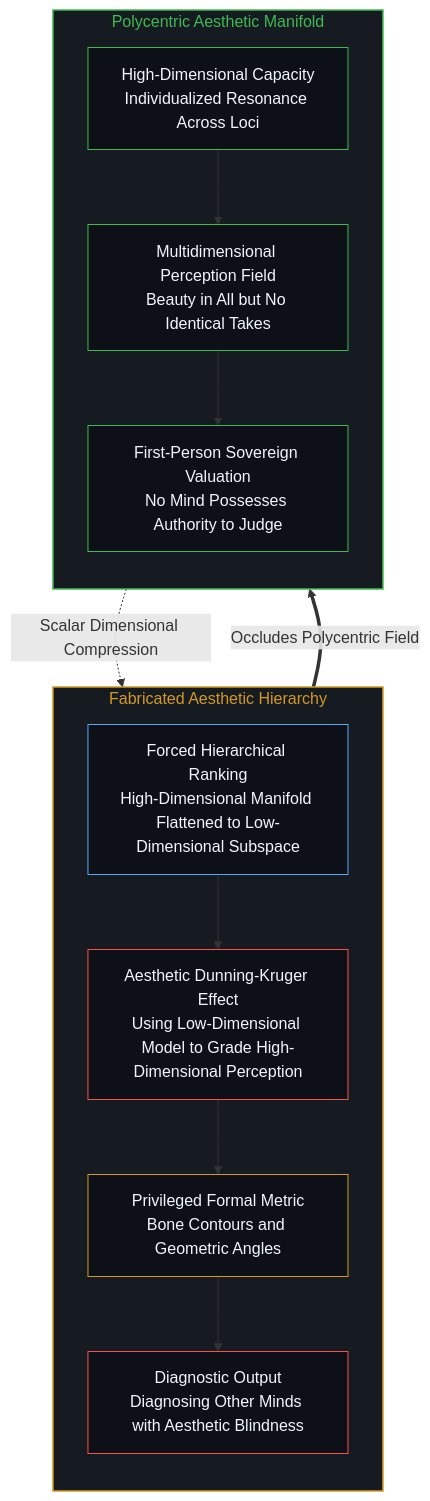
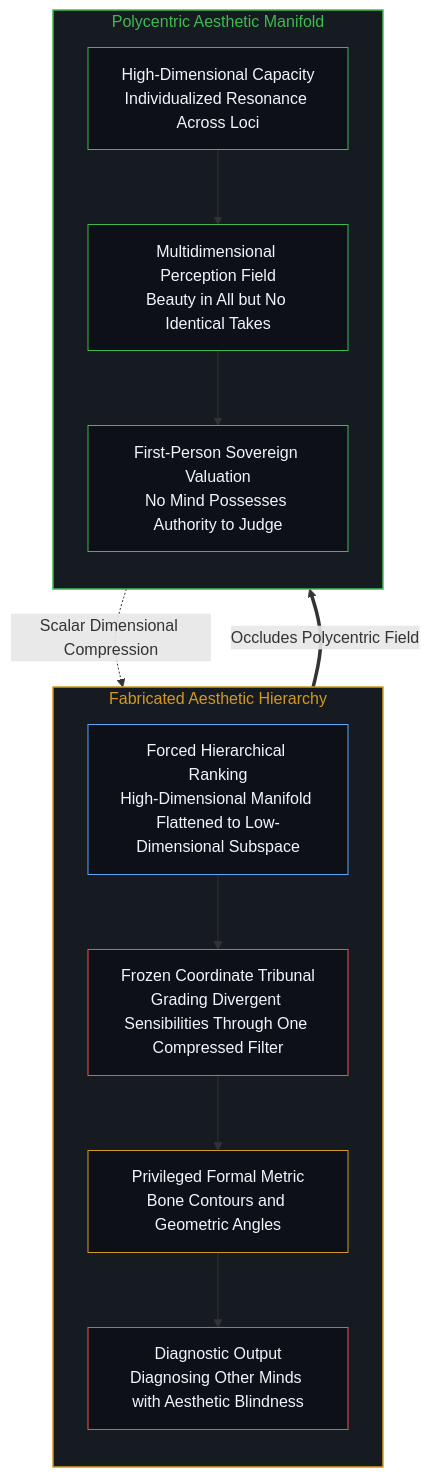
The fourth of 8 diagrams in content/posts/the-self-portrait-in-the-projection.md (powerpig99/not-a-toe), drawn with Mermaid before and after one commit. The commit also changed other lines of this file and 5 other files, not shown here.

````diff
--- a/content/posts/the-self-portrait-in-the-projection.md
+++ b/content/posts/the-self-portrait-in-the-projection.md
@@ -113,31 +113,31 @@
 ```mermaid
 flowchart TD
   subgraph S_HIER["Fabricated Aesthetic Hierarchy"]
     direction TB
     H_PROJ["Forced Hierarchical Ranking<br/>High-Dimensional Manifold Flattened to Low-Dimensional Subspace"]
-    H_DK["Aesthetic Dunning-Kruger Effect<br/>Using Low-Dimensional Model to Grade High-Dimensional Perception"]
+    H_FREEZE["Frozen Coordinate Tribunal<br/>Grading Divergent Sensibilities Through One Compressed Filter"]
     H_HIGH["Privileged Formal Metric<br/>Bone Contours and Geometric Angles"]
     H_STIGMA["Diagnostic Output<br/>Diagnosing Other Minds with Aesthetic Blindness"]
   end
   subgraph S_LOCUS["Polycentric Aesthetic Manifold"]
     direction TB
     L_HIGH["High-Dimensional Capacity<br/>Individualized Resonance Across Loci"]
     L_FIELD["Multidimensional Perception Field<br/>Beauty in All but No Identical Takes"]
     L_SOV["First-Person Sovereign Valuation<br/>No Mind Possesses Authority to Judge"]
   end
   L_HIGH -.->|"Scalar Dimensional Compression"| H_PROJ
-  H_PROJ --> H_DK
-  H_DK --> H_HIGH
+  H_PROJ --> H_FREEZE
+  H_FREEZE --> H_HIGH
   H_HIGH --> H_STIGMA
   L_HIGH --> L_FIELD --> L_SOV
   H_STIGMA ==>|"Occludes Polycentric Field"| L_FIELD
   style S_HIER fill:#161b22,stroke:#d29922,stroke-width:1.5px,color:#d29922
   style S_LOCUS fill:#161b22,stroke:#3fb950,stroke-width:1.5px,color:#3fb950
   style H_PROJ fill:#0d1117,stroke:#58a6ff,stroke-width:1px,color:#f0f6fc
-  style H_DK fill:#0d1117,stroke:#f85149,stroke-width:1px,color:#f0f6fc
+  style H_FREEZE fill:#0d1117,stroke:#f85149,stroke-width:1px,color:#f0f6fc
   style H_HIGH fill:#0d1117,stroke:#d29922,stroke-width:1px,color:#f0f6fc
   style H_STIGMA fill:#0d1117,stroke:#f85149,stroke-width:1px,color:#f0f6fc
   style L_HIGH fill:#0d1117,stroke:#3fb950,stroke-width:1px,color:#f0f6fc
   style L_FIELD fill:#0d1117,stroke:#3fb950,stroke-width:1px,color:#f0f6fc
   style L_SOV fill:#0d1117,stroke:#3fb950,stroke-width:1px,color:#f0f6fc
 ```
````
